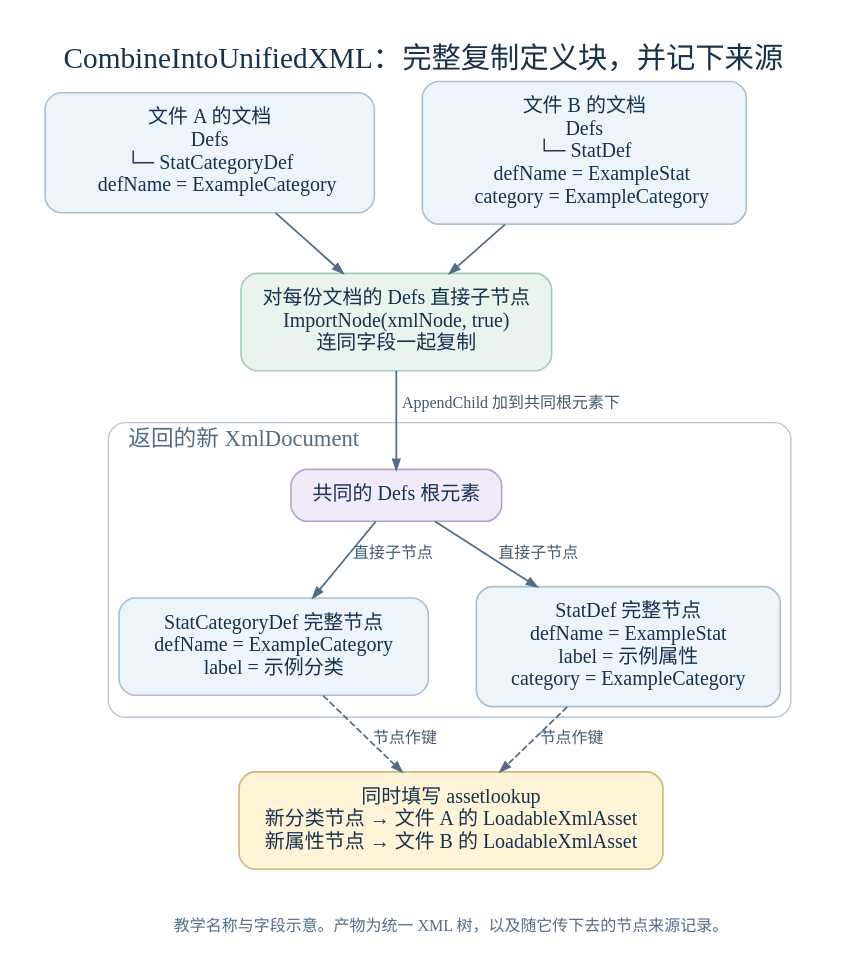
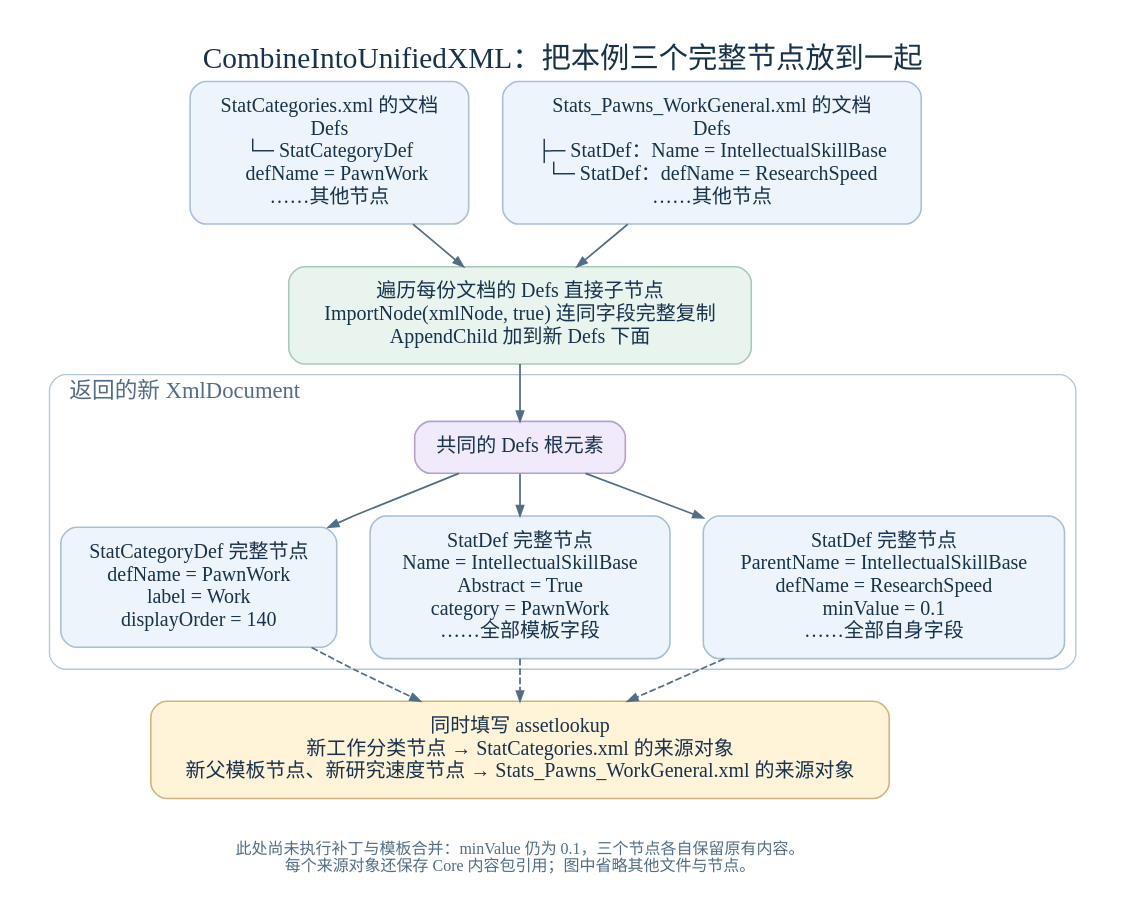
Before and after one commit to Sil1cateS/rimworld-deconstruction: the diagram in docs/readable/chapters/03-def-framework/figures/xml-unified-example.dot, drawn with Graphviz. The commit also changed 10 other files, not shown here.

```diff
--- a/docs/readable/chapters/03-def-framework/figures/xml-unified-example.dot
+++ b/docs/readable/chapters/03-def-framework/figures/xml-unified-example.dot
@@ -1,26 +1,29 @@
 digraph XmlUnifiedExample {
-  graph [rankdir=TB, bgcolor="white", pad="0.3", nodesep="0.5", ranksep="0.5", splines=polyline, fontname="Microsoft YaHei", fontsize=22, fontcolor="#17324d", labelloc=t, label="CombineIntoUnifiedXML：完整复制定义块，并记下来源"];
+  graph [rankdir=TB, bgcolor="white", pad="0.3", nodesep="0.35", ranksep="0.45", splines=polyline, fontname="Microsoft YaHei", fontsize=22, fontcolor="#17324d", labelloc=t, label="CombineIntoUnifiedXML：把本例三个完整节点放到一起"];
   node [shape=box, style="rounded,filled", fillcolor="#edf4fb", color="#a8bfd4", fontname="Microsoft YaHei", fontsize=15, fontcolor="#17324d", margin="0.2,0.15", penwidth=1.2];
   edge [color="#526d85", fontname="Microsoft YaHei", fontsize=12, fontcolor="#415b73", arrowsize=0.75, penwidth=1.3];
-  a [label="文件 A 的文档\nDefs\n└─ StatCategoryDef\n    defName = ExampleCategory"];
-  b [label="文件 B 的文档\nDefs\n└─ StatDef\n    defName = ExampleStat\n    category = ExampleCategory"];
+  a [label="StatCategories.xml 的文档\nDefs\n└─ StatCategoryDef\n    defName = PawnWork\n……其他节点"];
+  b [label="Stats_Pawns_WorkGeneral.xml 的文档\nDefs\n├─ StatDef：Name = IntellectualSkillBase\n└─ StatDef：defName = ResearchSpeed\n……其他节点"];
   {rank=same; a; b;}
-  copy [label="对每份文档的 Defs 直接子节点\nImportNode(xmlNode, true)\n连同字段一起复制", fillcolor="#e8f4ed", color="#a5cbb8"];
+  copy [label="遍历每份文档的 Defs 直接子节点\nImportNode(xmlNode, true) 连同字段完整复制\nAppendChild 加到新 Defs 下面", fillcolor="#e8f4ed", color="#a5cbb8"];
   a -> copy;
   b -> copy;
   subgraph cluster_document {
     label="返回的新 XmlDocument"; labeljust=l; fontname="Microsoft YaHei"; fontsize=17; fontcolor="#526d85"; color="#b5c7d6"; style=rounded;
     defs [label="共同的 Defs 根元素", fillcolor="#f0eafa", color="#b5a1d1"];
-    category [label="StatCategoryDef 完整节点\ndefName = ExampleCategory\nlabel = 示例分类"];
-    stat [label="StatDef 完整节点\ndefName = ExampleStat\nlabel = 示例属性\ncategory = ExampleCategory"];
-    {rank=same; category; stat;}
-    defs -> category [label="直接子节点"];
-    defs -> stat [label="直接子节点"];
+    category [label="StatCategoryDef 完整节点\ndefName = PawnWork\nlabel = Work\ndisplayOrder = 140"];
+    parent [label="StatDef 完整节点\nName = IntellectualSkillBase\nAbstract = True\ncategory = PawnWork\n……全部模板字段"];
+    stat [label="StatDef 完整节点\nParentName = IntellectualSkillBase\ndefName = ResearchSpeed\nminValue = 0.1\n……全部自身字段"];
+    {rank=same; category; parent; stat;}
+    defs -> category;
+    defs -> parent;
+    defs -> stat;
   }
-  copy -> defs [label="AppendChild 加到共同根元素下"];
-  origins [label="同时填写 assetlookup\n新分类节点 → 文件 A 的 LoadableXmlAsset\n新属性节点 → 文件 B 的 LoadableXmlAsset", fillcolor="#fff3d8", color="#cfb579"];
-  category -> origins [style=dashed, label="节点作键"];
-  stat -> origins [style=dashed, label="节点作键"];
-  legend [shape=plain, style="", fontsize=12, fontcolor="#526d85", label="教学名称与字段示意。产物为统一 XML 树，以及随它传下去的节点来源记录。"];
+  copy -> defs;
+  origins [label="同时填写 assetlookup\n新工作分类节点 → StatCategories.xml 的来源对象\n新父模板节点、新研究速度节点 → Stats_Pawns_WorkGeneral.xml 的来源对象", fillcolor="#fff3d8", color="#cfb579"];
+  category -> origins [style=dashed];
+  parent -> origins [style=dashed];
+  stat -> origins [style=dashed];
+  legend [shape=plain, style="", fontsize=12, fontcolor="#526d85", label="此处尚未执行补丁与模板合并：minValue 仍为 0.1，三个节点各自保留原有内容。\n每个来源对象还保存 Core 内容包引用；图中省略其他文件与节点。"];
   origins -> legend [style=invis];
 }
```
